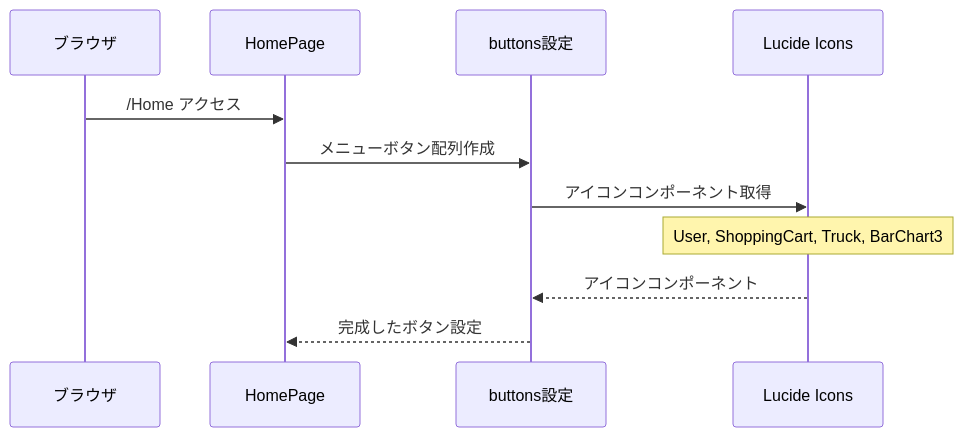
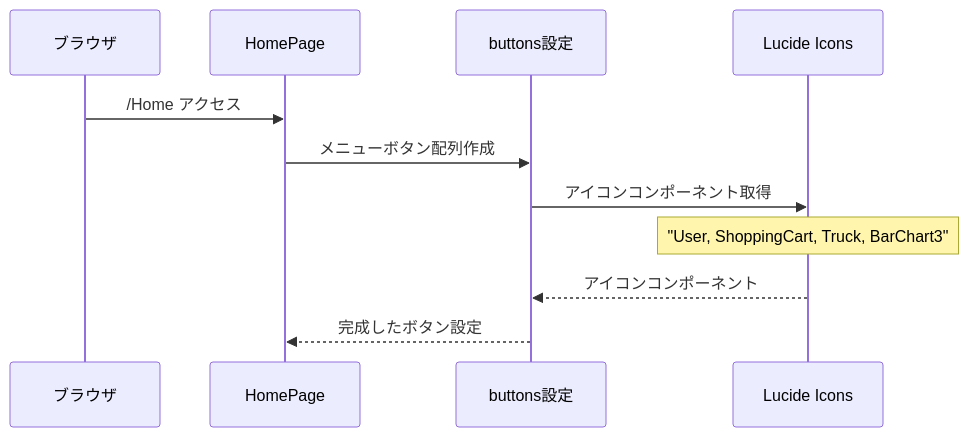
One commit to wasabi49/ocs-systemDevelopmentExercises changed the first of 9 diagrams in document/pages/sequence/Home.md. Above: the diagram before and after it, drawn with Mermaid. The commit also changed other lines of this file and 42 other files, not shown here.

First line of the commit message:
fix: mermaidシーケンス図のNote over文でダブルクォーテーション不足を修正

````diff
--- a/document/pages/sequence/Home.md
+++ b/document/pages/sequence/Home.md
@@ -8,14 +8,14 @@
 ```mermaid
 sequenceDiagram
     participant Browser as ブラウザ
     participant Page as HomePage
     participant ButtonsConfig as buttons設定
     participant Icons as Lucide Icons
 
     Browser->>Page: /Home アクセス
     Page->>ButtonsConfig: メニューボタン配列作成
     ButtonsConfig->>Icons: アイコンコンポーネント取得
-    Note over Icons: User, ShoppingCart, Truck, BarChart3
+    Note over Icons: "User, ShoppingCart, Truck, BarChart3"
     Icons-->>ButtonsConfig: アイコンコンポーネント
     ButtonsConfig-->>Page: 完成したボタン設定
 ```
````
